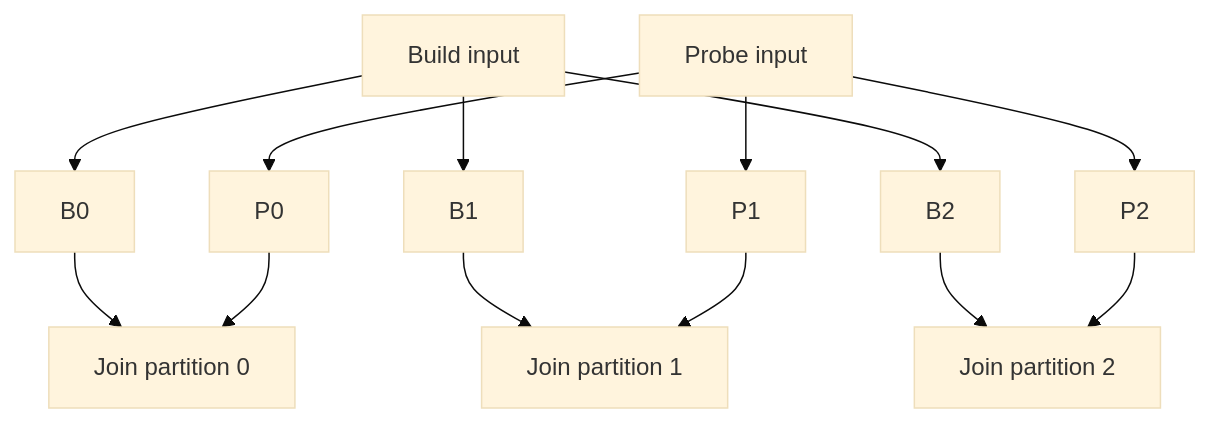
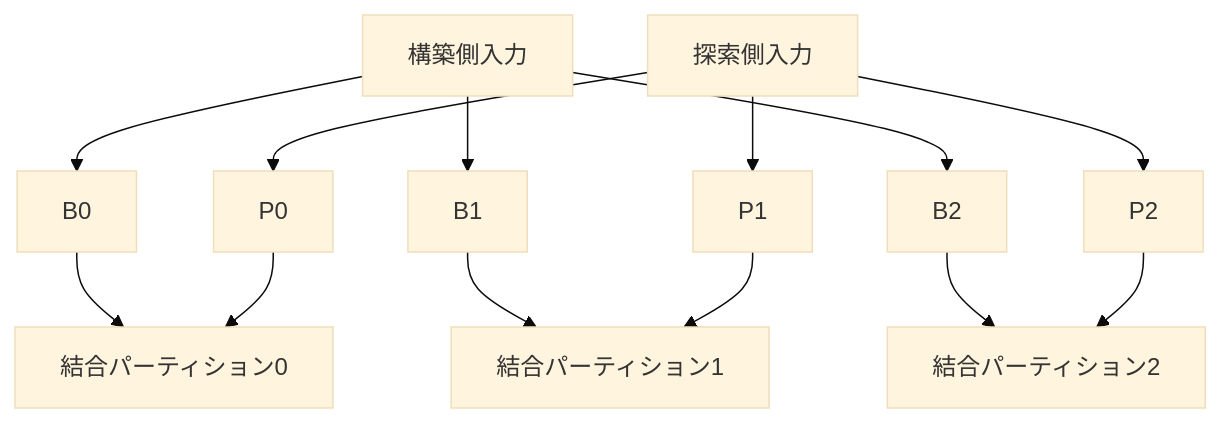
The fifth of 8 diagrams in src/content/docs/03-query-processing/08-join-algorithms.md (hirunebot/database-systems-book), drawn with Mermaid (base theme) before and after one commit. The commit also changed other lines of this file and 42 other files, not shown here.

````diff
--- a/src/content/docs/03-query-processing/08-join-algorithms.md
+++ b/src/content/docs/03-query-processing/08-join-algorithms.md
@@ -169,15 +169,15 @@
 ```mermaid
 flowchart TB
-    B["Build input"] --> B0["B0"]
+    B["構築側入力"] --> B0["B0"]
     B --> B1["B1"]
     B --> B2["B2"]
-    P["Probe input"] --> P0["P0"]
+    P["探索側入力"] --> P0["P0"]
     P --> P1["P1"]
     P --> P2["P2"]
-    B0 --> J0["Join partition 0"]
+    B0 --> J0["結合パーティション0"]
     P0 --> J0
-    B1 --> J1["Join partition 1"]
+    B1 --> J1["結合パーティション1"]
     P1 --> J1
-    B2 --> J2["Join partition 2"]
+    B2 --> J2["結合パーティション2"]
     P2 --> J2
 ```
````
